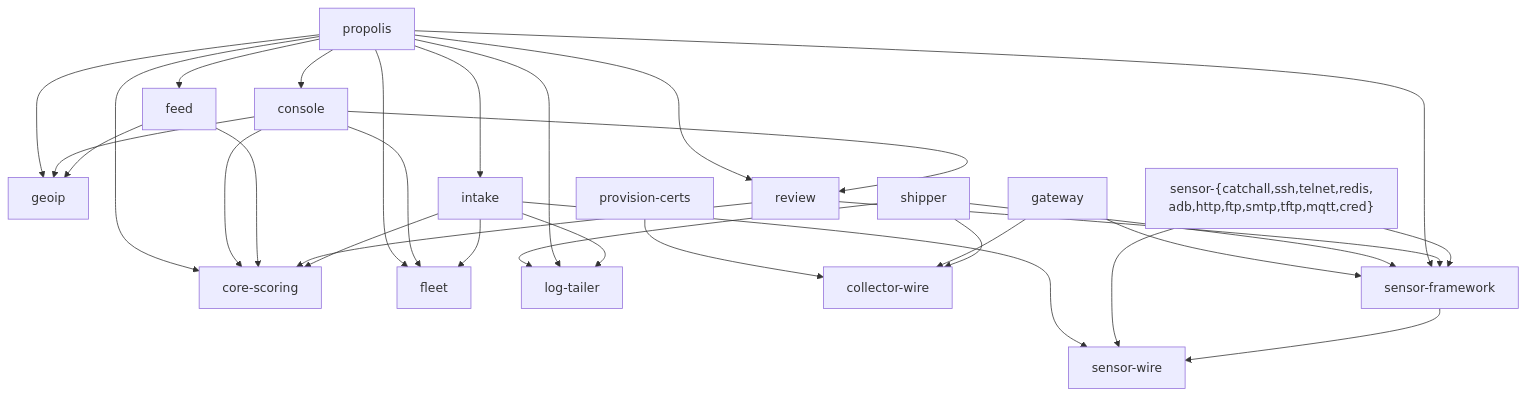
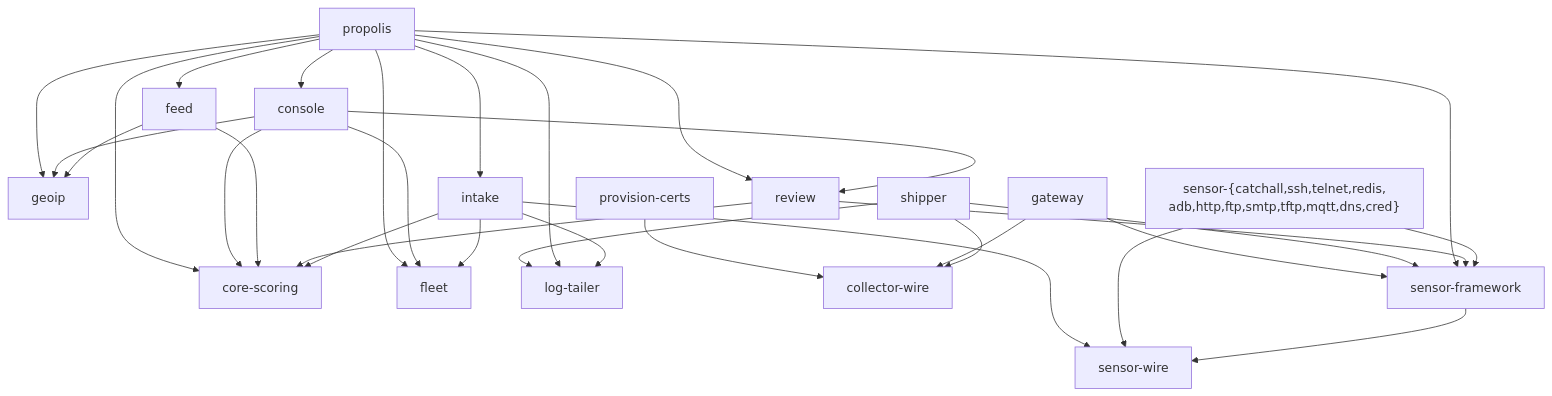
Before and after one commit to brandontroidl/Propolis: the diagram in docs/architecture/components.md, drawn with Mermaid. The commit also changed other lines of this file and 43 other files, not shown here.

````diff
--- a/docs/architecture/components.md
+++ b/docs/architecture/components.md
@@ -78,50 +79,50 @@
 ```mermaid
 graph TD
   wire[sensor-wire]
   core[core-scoring]
   geoip[geoip]
   fleet[fleet]
   tailer[log-tailer]
   cwire[collector-wire]
   fw[sensor-framework]
-  sensors["sensor-{catchall,ssh,telnet,redis,<br/>adb,http,ftp,smtp,tftp,mqtt,cred}"]
+  sensors["sensor-{catchall,ssh,telnet,redis,<br/>adb,http,ftp,smtp,tftp,mqtt,dns,cred}"]
   intake[intake]
   review[review]
   feed[feed]
   console[console]
   propolis[propolis]
   shipper[shipper]
   gateway[gateway]
   certs[provision-certs]
 
   fw --> wire
   sensors --> wire
   sensors --> fw
   intake --> wire
   intake --> core
   intake --> fleet
   intake --> tailer
   review --> core
   review --> fw
   feed --> core
   feed --> geoip
   console --> core
   console --> fleet
   console --> geoip
   console --> review
   propolis --> console
   propolis --> core
   propolis --> feed
   propolis --> fleet
   propolis --> geoip
   propolis --> intake
   propolis --> tailer
   propolis --> review
   propolis --> fw
   shipper --> cwire
   shipper --> tailer
   shipper --> fw
   gateway --> cwire
   gateway --> fw
   certs --> cwire
 ```
````
